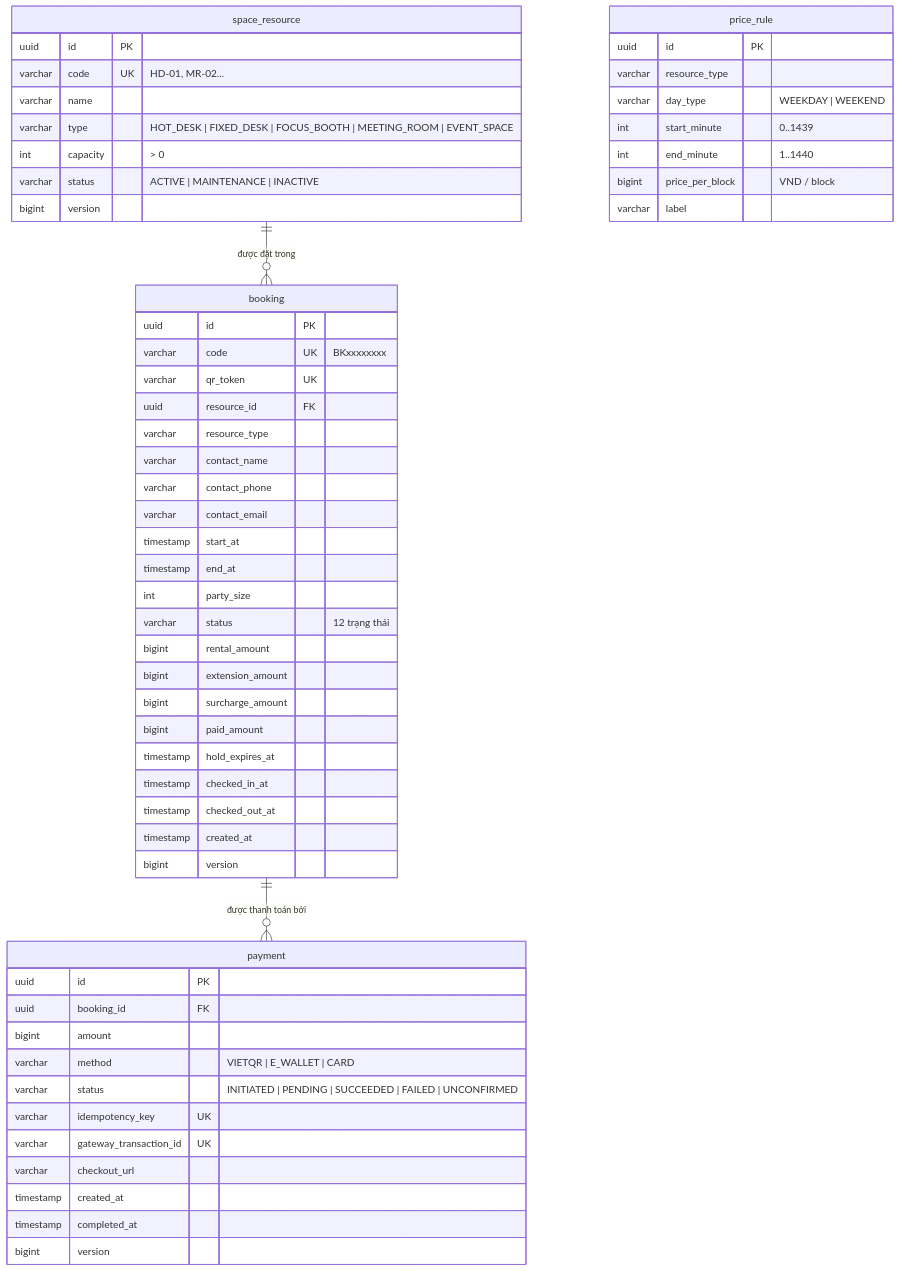
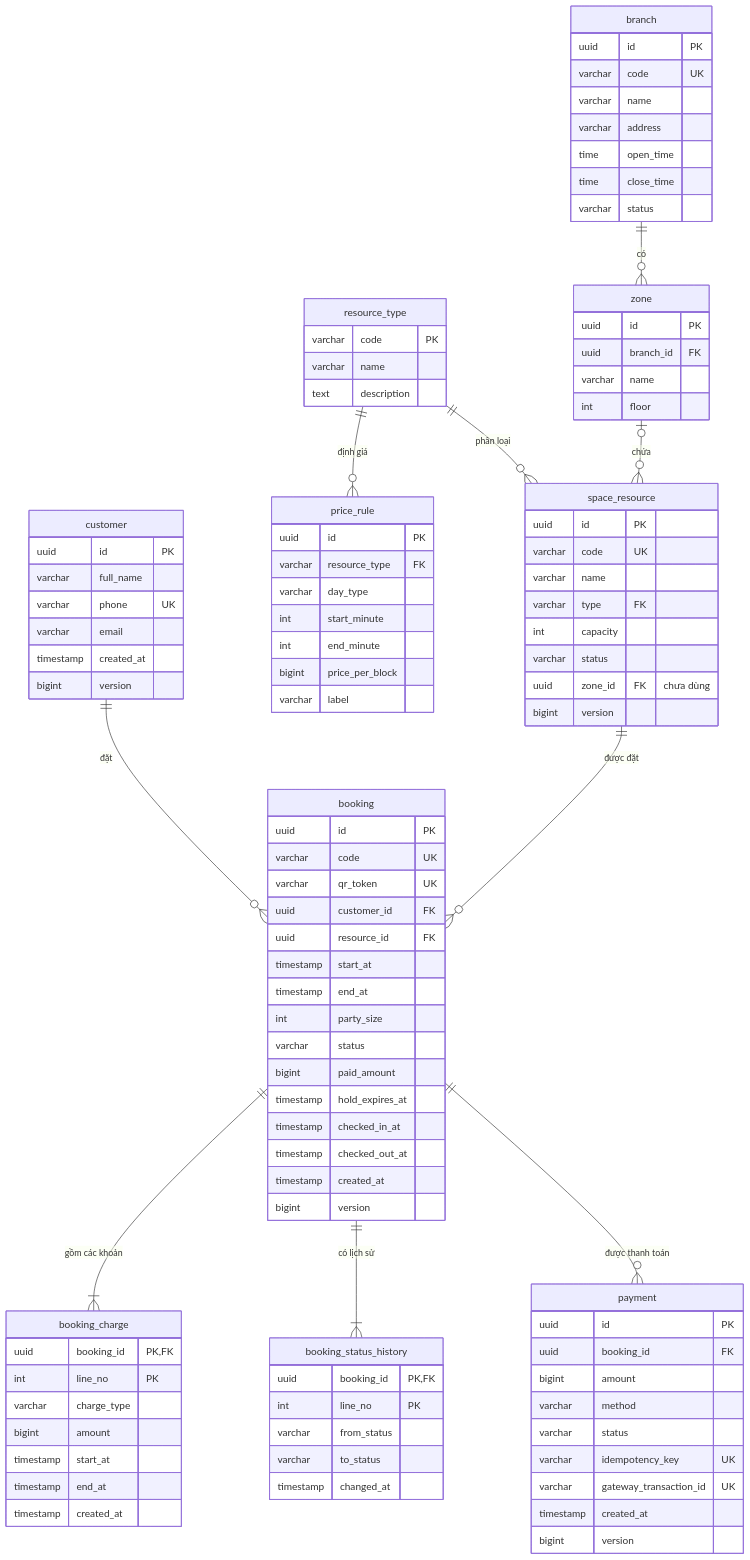
Before and after one commit to huydao123-tech/Kien-Nest-Working-Space: the first of 2 diagrams in docs/database.md, drawn with Mermaid. The commit also changed other lines of this file and 27 other files, not shown here.

````diff
--- a/docs/database.md
+++ b/docs/database.md
@@ -30,44 +87,72 @@
 ```mermaid
 erDiagram
-    space_resource ||--o{ booking : "được đặt trong"
-    booking ||--o{ payment : "được thanh toán bởi"
+    resource_type ||--o{ space_resource : "phân loại"
+    resource_type ||--o{ price_rule : "định giá"
+    branch ||--o{ zone : "có"
+    zone |o--o{ space_resource : "chứa"
+    customer ||--o{ booking : "đặt"
+    space_resource ||--o{ booking : "được đặt"
+    booking ||--|{ booking_charge : "gồm các khoản"
+    booking ||--|{ booking_status_history : "có lịch sử"
+    booking ||--o{ payment : "được thanh toán"
 
+    resource_type {
+        varchar code PK
+        varchar name
+        text description
+    }
+    branch {
+        uuid id PK
+        varchar code UK
+        varchar name
+        varchar address
+        time open_time
+        time close_time
+        varchar status
+    }
+    zone {
+        uuid id PK
+        uuid branch_id FK
+        varchar name
+        int floor
+    }
     space_resource {
         uuid id PK
-        varchar code UK "HD-01, MR-02..."
+        varchar code UK
         varchar name
-        varchar type "HOT_DESK | FIXED_DESK | FOCUS_BOOTH | MEETING_ROOM | EVENT_SPACE"
-        int capacity "> 0"
-        varchar status "ACTIVE | MAINTENANCE | INACTIVE"
+        varchar type FK
+        int capacity
+        varchar status
+        uuid zone_id FK "chưa dùng"
         bigint version
     }
-
     price_rule {
         uuid id PK
-        varchar resource_type
-        varchar day_type "WEEKDAY | WEEKEND"
-        int start_minute "0..1439"
-        int end_minute "1..1440"
-        bigint price_per_block "VND / block"
+        varchar resource_type FK
+        varchar day_type
+        int start_minute
+        int end_minute
+        bigint price_per_block
         varchar label
     }
-
+    customer {
+        uuid id PK
+        varchar full_name
+        varchar phone UK
+        varchar email
+        timestamp created_at
+        bigint version
+    }
     booking {
         uuid id PK
-        varchar code UK "BKxxxxxxxx"
+        varchar code UK
         varchar qr_token UK
+        uuid customer_id FK
         uuid resource_id FK
-        varchar resource_type
-        varchar contact_name
-        varchar contact_phone
-        varchar contact_email
         timestamp start_at
         timestamp end_at
         int party_size
-        varchar status "12 trạng thái"
-        bigint rental_amount
-        bigint extension_amount
-        bigint surcharge_amount
+        varchar status
         bigint paid_amount
         timestamp hold_expires_at
         timestamp checked_in_at
@@ -75,18 +160,31 @@
         timestamp created_at
         bigint version
     }
-
+    booking_charge {
+        uuid booking_id PK, FK
+        int line_no PK
+        varchar charge_type
+        bigint amount
+        timestamp start_at
+        timestamp end_at
+        timestamp created_at
+    }
+    booking_status_history {
+        uuid booking_id PK, FK
+        int line_no PK
+        varchar from_status
+        varchar to_status
+        timestamp changed_at
+    }
     payment {
         uuid id PK
         uuid booking_id FK
         bigint amount
-        varchar method "VIETQR | E_WALLET | CARD"
-        varchar status "INITIATED | PENDING | SUCCEEDED | FAILED | UNCONFIRMED"
+        varchar method
+        varchar status
         varchar idempotency_key UK
         varchar gateway_transaction_id UK
-        varchar checkout_url
         timestamp created_at
-        timestamp completed_at
         bigint version
     }
 ```
````
